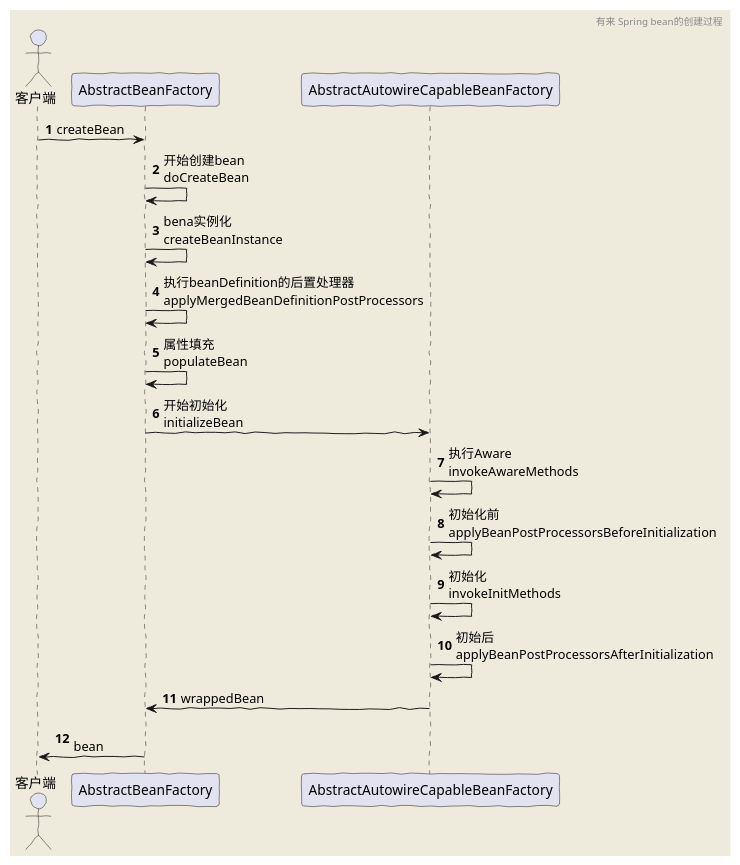
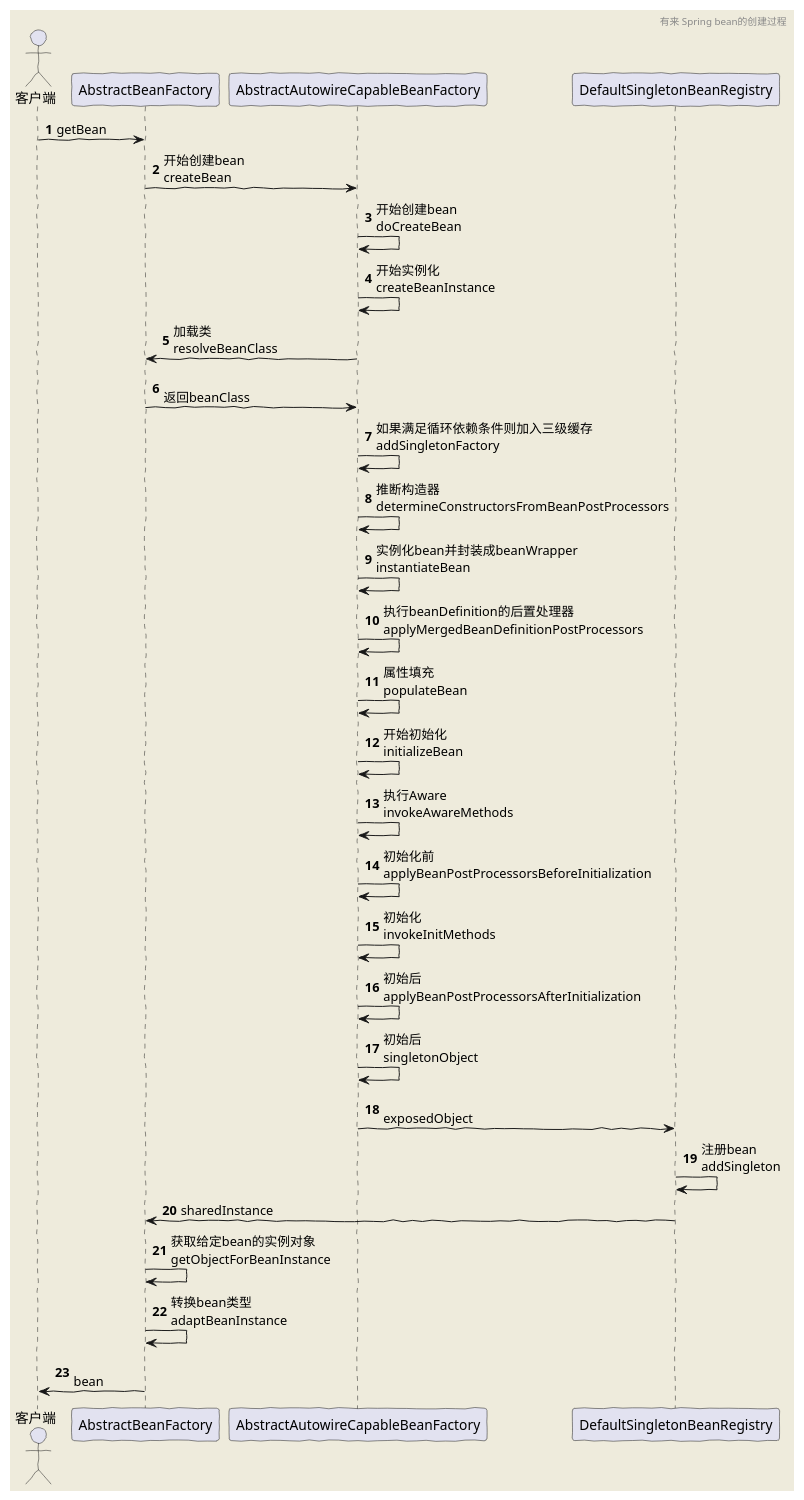
One commit to youlaitech/youlai-mall changed the diagram in youlai-laboratory/src/main/java/com/youlai/laboratory/spring/createBean.puml. Above: the diagram before and after it, drawn with PlantUML.

Commit message:
feat(youlai-laboratory-spring): 完善createBean流程图
完善createBean流程图

```diff
--- a/youlai-laboratory/src/main/java/com/youlai/laboratory/spring/createBean.puml
+++ b/youlai-laboratory/src/main/java/com/youlai/laboratory/spring/createBean.puml
@@ -2,24 +2,42 @@
 @startuml
 autonumber
 'https://plantuml.com/sequence-diagram
 skinparam backgroundColor #EEEBDC
 skinparam handwritten true
 skinparam responseMessageBelowArrow true
 header 有来 Spring bean的创建过程
 
 actor 客户端
 
-客户端->AbstractBeanFactory:createBean
-AbstractBeanFactory->AbstractBeanFactory:开始创建bean\ndoCreateBean
-AbstractBeanFactory->AbstractBeanFactory:bena实例化\ncreateBeanInstance
-AbstractBeanFactory->AbstractBeanFactory:执行beanDefinition的后置处理器\napplyMergedBeanDefinitionPostProcessors
-AbstractBeanFactory->AbstractBeanFactory:属性填充\npopulateBean
-AbstractBeanFactory->AbstractAutowireCapableBeanFactory:开始初始化\ninitializeBean
+客户端->AbstractBeanFactory:getBean
+AbstractBeanFactory->AbstractAutowireCapableBeanFactory:开始创建bean\ncreateBean
+AbstractAutowireCapableBeanFactory->AbstractAutowireCapableBeanFactory:开始创建bean\ndoCreateBean
+AbstractAutowireCapableBeanFactory->AbstractAutowireCapableBeanFactory:开始实例化\ncreateBeanInstance
+AbstractAutowireCapableBeanFactory->AbstractBeanFactory:加载类\nresolveBeanClass
+AbstractBeanFactory->AbstractAutowireCapableBeanFactory:\n返回beanClass
+
+AbstractAutowireCapableBeanFactory->AbstractAutowireCapableBeanFactory:如果满足循环依赖条件则加入三级缓存\naddSingletonFactory
+
+AbstractAutowireCapableBeanFactory->AbstractAutowireCapableBeanFactory:推断构造器\ndetermineConstructorsFromBeanPostProcessors
+AbstractAutowireCapableBeanFactory->AbstractAutowireCapableBeanFactory:实例化bean并封装成beanWrapper\ninstantiateBean
+
+AbstractAutowireCapableBeanFactory->AbstractAutowireCapableBeanFactory:执行beanDefinition的后置处理器\napplyMergedBeanDefinitionPostProcessors
+AbstractAutowireCapableBeanFactory->AbstractAutowireCapableBeanFactory:属性填充\npopulateBean
+AbstractAutowireCapableBeanFactory->AbstractAutowireCapableBeanFactory:开始初始化\ninitializeBean
 AbstractAutowireCapableBeanFactory->AbstractAutowireCapableBeanFactory:执行Aware\ninvokeAwareMethods
 AbstractAutowireCapableBeanFactory->AbstractAutowireCapableBeanFactory:初始化前\napplyBeanPostProcessorsBeforeInitialization
 AbstractAutowireCapableBeanFactory->AbstractAutowireCapableBeanFactory:初始化\ninvokeInitMethods
 AbstractAutowireCapableBeanFactory->AbstractAutowireCapableBeanFactory:初始后\napplyBeanPostProcessorsAfterInitialization
-AbstractAutowireCapableBeanFactory->AbstractBeanFactory:wrappedBean
+AbstractAutowireCapableBeanFactory->AbstractAutowireCapableBeanFactory:初始后\nsingletonObject
+AbstractAutowireCapableBeanFactory->DefaultSingletonBeanRegistry:\nexposedObject
+
+DefaultSingletonBeanRegistry->DefaultSingletonBeanRegistry:注册bean\naddSingleton
+DefaultSingletonBeanRegistry->AbstractBeanFactory: sharedInstance
+
+AbstractBeanFactory->AbstractBeanFactory:获取给定bean的实例对象\ngetObjectForBeanInstance
+
+AbstractBeanFactory->AbstractBeanFactory:转换bean类型\nadaptBeanInstance
+
 
 AbstractBeanFactory->客户端:\nbean
 @enduml
```
